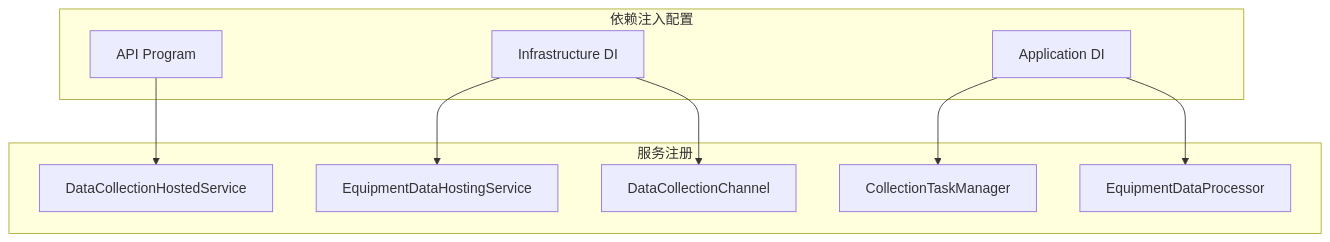
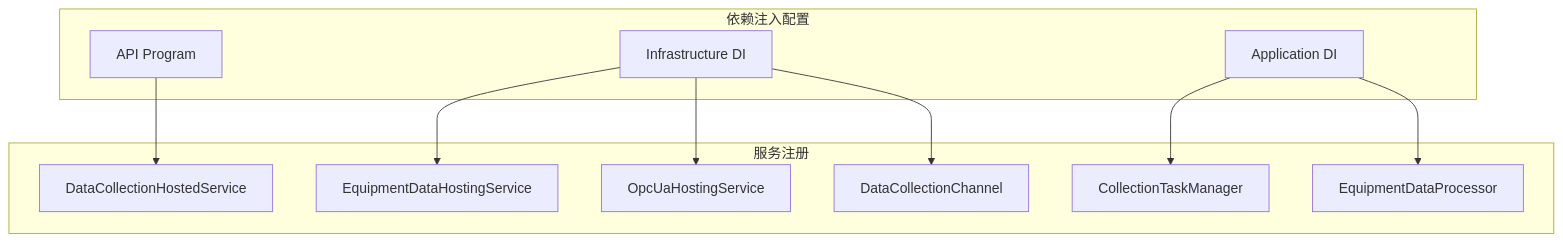
The ninth of 9 diagrams in .qoder/repowiki/zh/content/数据采集系统/后台服务实现.md (whitemousetl/IndustrialDataSolution), drawn with Mermaid before and after one commit. The commit also changed other lines of this file and 18 other files, not shown here.

````diff
--- a/.qoder/repowiki/zh/content/数据采集系统/后台服务实现.md
+++ b/.qoder/repowiki/zh/content/数据采集系统/后台服务实现.md
@@ -305,20 +379,22 @@
 ```mermaid
 graph TB
 subgraph "依赖注入配置"
 DI_App[Application DI]
 DI_Infra[Infrastructure DI]
 DI_API[API Program]
 end
 subgraph "服务注册"
 S1[DataCollectionHostedService]
 S2[EquipmentDataHostingService]
-S3[DataCollectionChannel]
-S4[CollectionTaskManager]
-S5[EquipmentDataProcessor]
+S3[OpcUaHostingService]
+S4[DataCollectionChannel]
+S5[CollectionTaskManager]
+S6[EquipmentDataProcessor]
 end
 DI_API --> S1
 DI_Infra --> S2
 DI_Infra --> S3
-DI_App --> S4
+DI_Infra --> S4
 DI_App --> S5
+DI_App --> S6
 ```
````
